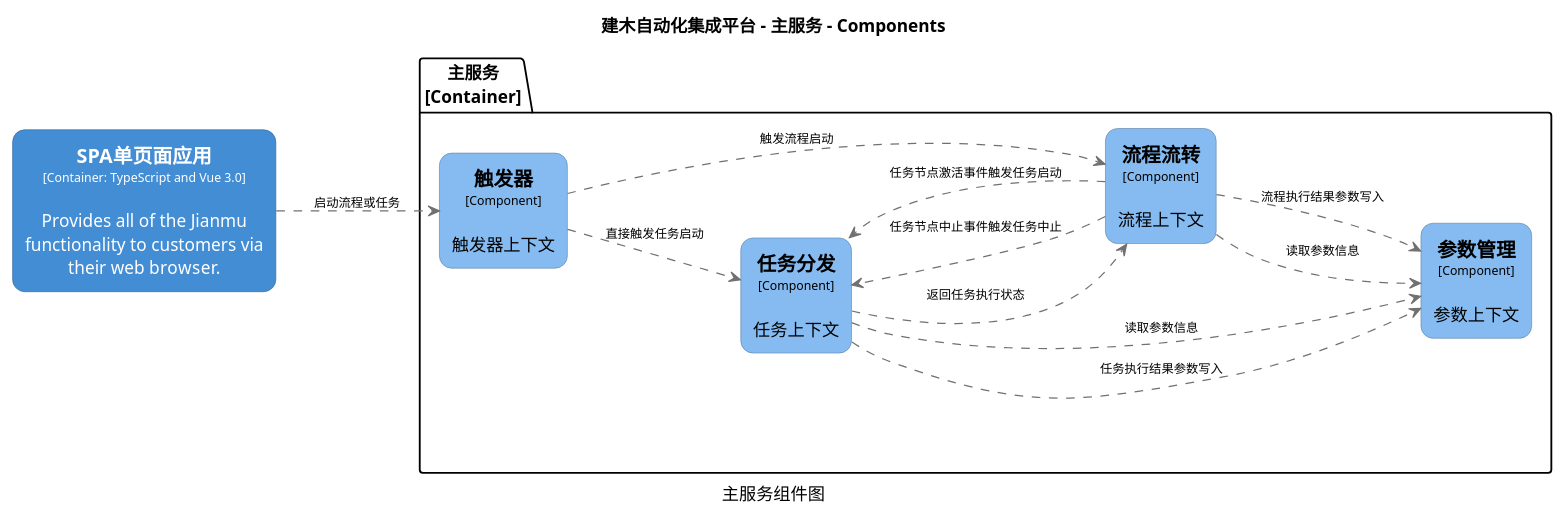
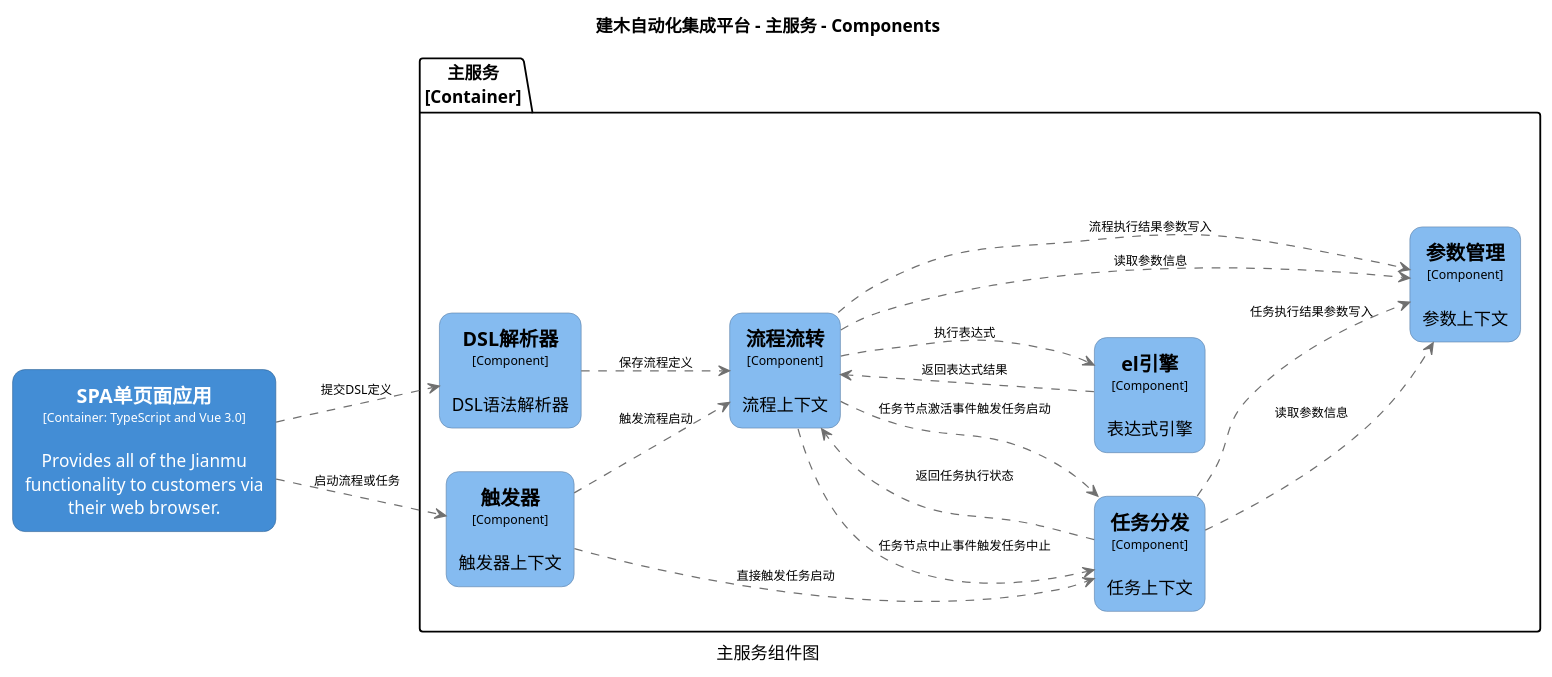
The diagram in c4/structurizr-web-component.puml (jianmu-dev/jianmu-architecture-as-code), drawn with PlantUML before and after one commit. The commit also changed 8 other files, not shown here.

```diff
--- a/c4/structurizr-web-component.puml
+++ b/c4/structurizr-web-component.puml
@@ -1,61 +1,79 @@
 @startuml(id=web-component)
 title 建木自动化集成平台 - 主服务 - Components
 caption 主服务组件图
 
 skinparam {
   shadowing false
   arrowFontSize 10
   defaultTextAlignment center
   wrapWidth 200
   maxMessageSize 100
 }
 hide stereotype
 left to right direction
 skinparam rectangle<<3>> {
   BackgroundColor #438dd5
   FontColor #ffffff
   BorderColor #2E6295
   roundCorner 20
 }
 skinparam rectangle<<5>> {
   BackgroundColor #85bbf0
   FontColor #000000
   BorderColor #5D82A8
   roundCorner 20
 }
 skinparam rectangle<<6>> {
   BackgroundColor #85bbf0
   FontColor #000000
   BorderColor #5D82A8
   roundCorner 20
 }
 skinparam rectangle<<7>> {
   BackgroundColor #85bbf0
   FontColor #000000
   BorderColor #5D82A8
   roundCorner 20
 }
 skinparam rectangle<<8>> {
   BackgroundColor #85bbf0
   FontColor #000000
   BorderColor #5D82A8
   roundCorner 20
 }
+skinparam rectangle<<9>> {
+  BackgroundColor #85bbf0
+  FontColor #000000
+  BorderColor #5D82A8
+  roundCorner 20
+}
+skinparam rectangle<<10>> {
+  BackgroundColor #85bbf0
+  FontColor #000000
+  BorderColor #5D82A8
+  roundCorner 20
+}
 rectangle "==SPA单页面应用\n<size:10>[Container: TypeScript and Vue 3.0]</size>\n\nProvides all of the Jianmu functionality to customers via their web browser." <<3>> as 3
 package "主服务\n[Container]" {
-  rectangle "==任务分发\n<size:10>[Component]</size>\n\n任务上下文" <<7>> as 7
-  rectangle "==参数管理\n<size:10>[Component]</size>\n\n参数上下文" <<8>> as 8
-  rectangle "==流程流转\n<size:10>[Component]</size>\n\n流程上下文" <<6>> as 6
-  rectangle "==触发器\n<size:10>[Component]</size>\n\n触发器上下文" <<5>> as 5
+  rectangle "==DSL解析器\n<size:10>[Component]</size>\n\nDSL语法解析器" <<5>> as 5
+  rectangle "==el引擎\n<size:10>[Component]</size>\n\n表达式引擎" <<8>> as 8
+  rectangle "==任务分发\n<size:10>[Component]</size>\n\n任务上下文" <<9>> as 9
+  rectangle "==参数管理\n<size:10>[Component]</size>\n\n参数上下文" <<10>> as 10
+  rectangle "==流程流转\n<size:10>[Component]</size>\n\n流程上下文" <<7>> as 7
+  rectangle "==触发器\n<size:10>[Component]</size>\n\n触发器上下文" <<6>> as 6
 }
-3 .[#707070].> 5 : "启动流程或任务"
-7 .[#707070].> 8 : "任务执行结果参数写入"
-7 .[#707070].> 8 : "读取参数信息"
-7 .[#707070].> 6 : "返回任务执行状态"
-6 .[#707070].> 7 : "任务节点中止事件触发任务中止"
-6 .[#707070].> 7 : "任务节点激活事件触发任务启动"
-6 .[#707070].> 8 : "读取参数信息"
-6 .[#707070].> 8 : "流程执行结果参数写入"
-5 .[#707070].> 7 : "直接触发任务启动"
-5 .[#707070].> 6 : "触发流程启动"
+5 .[#707070].> 7 : "保存流程定义"
+3 .[#707070].> 5 : "提交DSL定义"
+3 .[#707070].> 6 : "启动流程或任务"
+8 .[#707070].> 7 : "返回表达式结果"
+9 .[#707070].> 10 : "读取参数信息"
+9 .[#707070].> 10 : "任务执行结果参数写入"
+9 .[#707070].> 7 : "返回任务执行状态"
+7 .[#707070].> 8 : "执行表达式"
+7 .[#707070].> 9 : "任务节点激活事件触发任务启动"
+7 .[#707070].> 9 : "任务节点中止事件触发任务中止"
+7 .[#707070].> 10 : "读取参数信息"
+7 .[#707070].> 10 : "流程执行结果参数写入"
+6 .[#707070].> 9 : "直接触发任务启动"
+6 .[#707070].> 7 : "触发流程启动"
 @enduml
```
